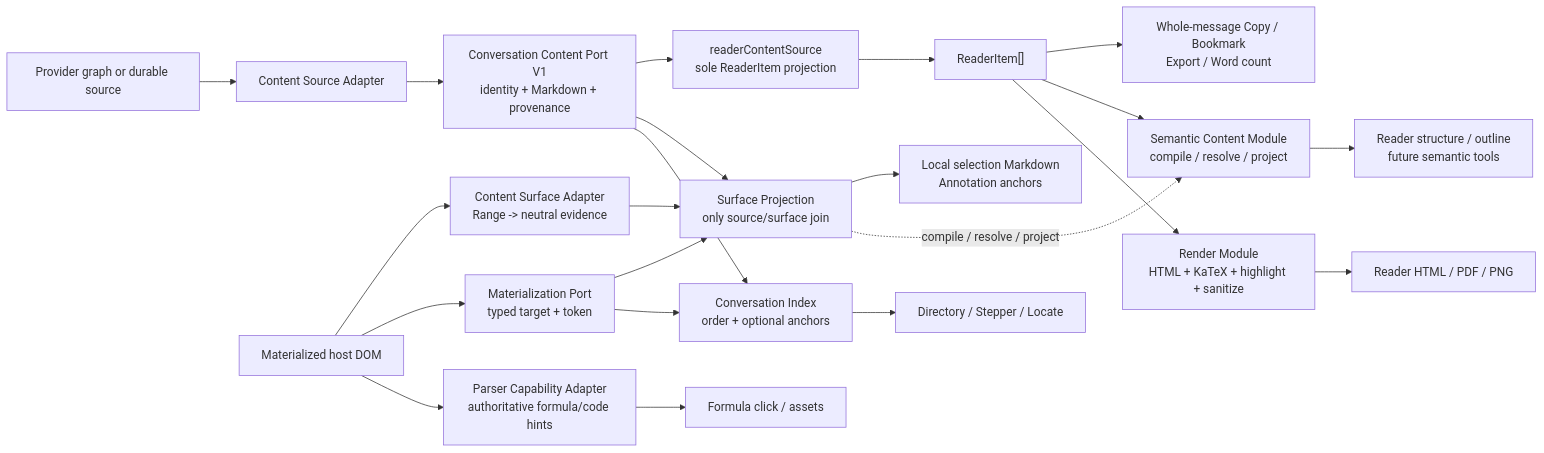
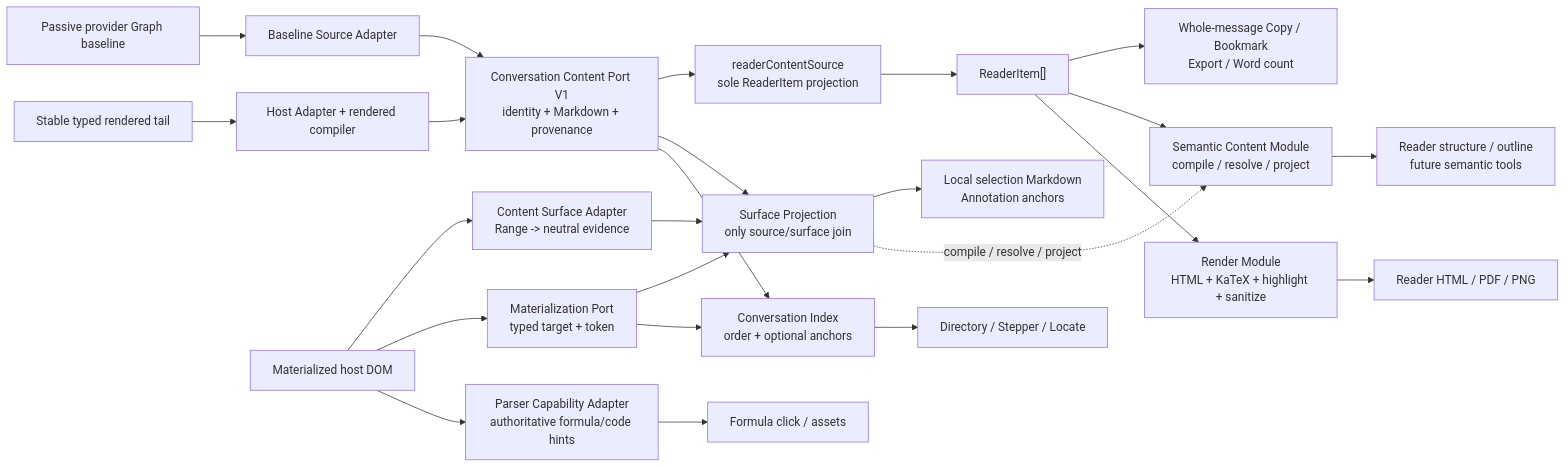
Before and after one commit to zhaoliangbin42/AI-MarkDone: the diagram in docs/adr/ADR-0011-semantic-content-and-surface-projection.md, drawn with Mermaid. The commit also changed other lines of this file and 58 other files, not shown here.

````diff
--- a/docs/adr/ADR-0011-semantic-content-and-surface-projection.md
+++ b/docs/adr/ADR-0011-semantic-content-and-surface-projection.md
@@ -22,37 +27,40 @@
 ```mermaid
 flowchart LR
-    Provider["Provider graph or durable source"]
-    SourceAdapter["Content Source Adapter"]
+    Provider["Passive provider Graph baseline"]
+    SourceAdapter["Baseline Source Adapter"]
+    StableDOM["Stable typed rendered tail"]
+    HostAdapter["Host Adapter + rendered compiler"]
     ContentPort["Conversation Content Port V1\nidentity + Markdown + provenance"]
     ReaderSource["readerContentSource\nsole ReaderItem projection"]
     ReaderItems["ReaderItem[]"]
     Semantic["Semantic Content Module\ncompile / resolve / project"]
     Render["Render Module\nHTML + KaTeX + highlight + sanitize"]
 
     HostDOM["Materialized host DOM"]
     Materialization["Materialization Port\ntyped target + token"]
     SurfaceAdapter["Content Surface Adapter\nRange -> neutral evidence"]
     SurfaceProjection["Surface Projection\nonly source/surface join"]
     ParserAdapter["Parser Capability Adapter\nauthoritative formula/code hints"]
     ConversationIndex["Conversation Index\norder + optional anchors"]
 
     BodyConsumers["Whole-message Copy / Bookmark\nExport / Word count"]
     StructureConsumers["Reader structure / outline\nfuture semantic tools"]
     RenderConsumers["Reader HTML / PDF / PNG"]
     SelectionConsumers["Local selection Markdown\nAnnotation anchors"]
     FormulaConsumers["Formula click / assets"]
     NavigationConsumers["Directory / Stepper / Locate"]
 
     Provider --> SourceAdapter --> ContentPort
+    StableDOM --> HostAdapter --> ContentPort
     ContentPort --> ReaderSource --> ReaderItems
     ReaderItems --> BodyConsumers
     ReaderItems --> Semantic --> StructureConsumers
     ReaderItems --> Render --> RenderConsumers
     HostDOM --> SurfaceAdapter --> SurfaceProjection
     HostDOM --> Materialization --> SurfaceProjection
     ContentPort --> SurfaceProjection --> SelectionConsumers
     SurfaceProjection -. "compile / resolve / project" .-> Semantic
     HostDOM --> ParserAdapter --> FormulaConsumers
     ContentPort --> ConversationIndex --> NavigationConsumers
     Materialization --> ConversationIndex
 ```
````
